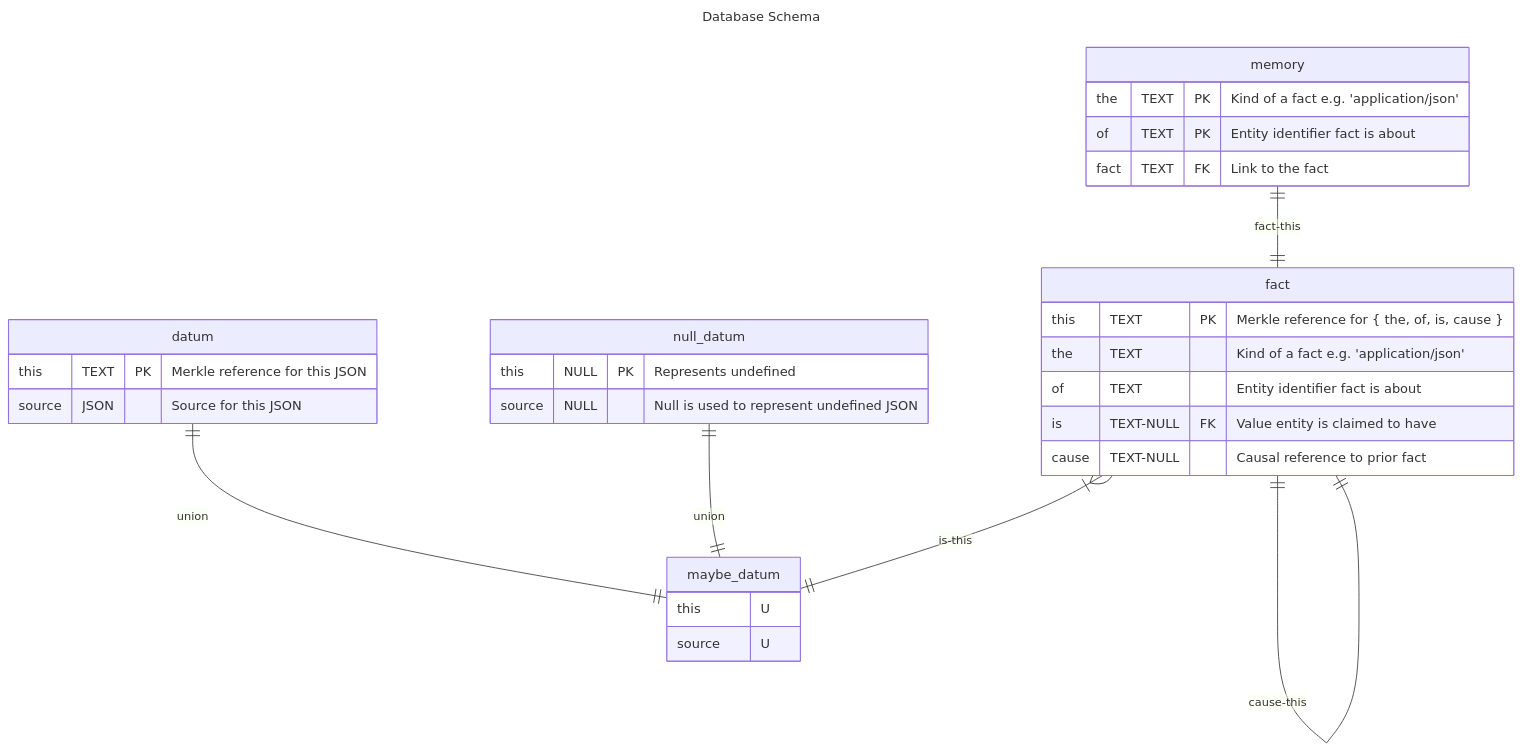
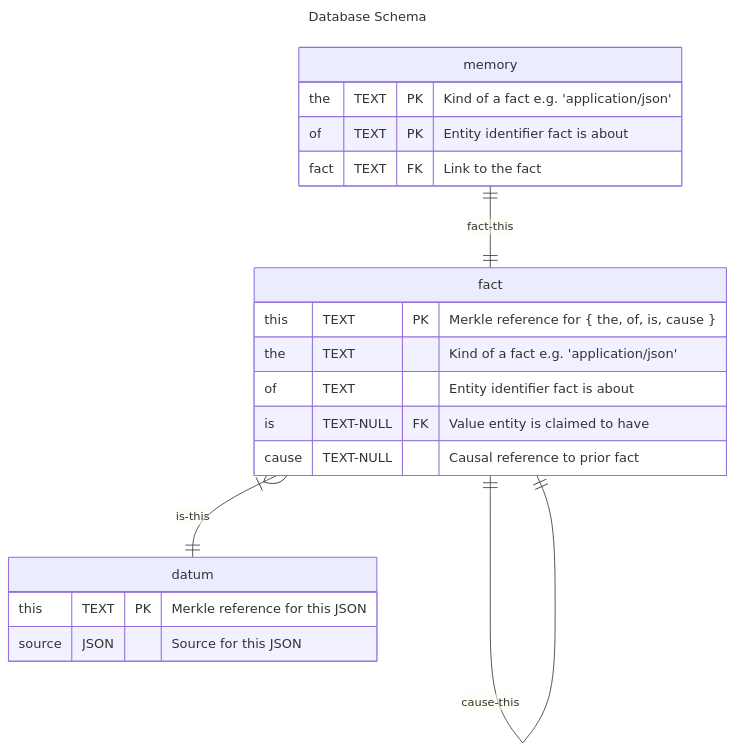
The diagram in memory/README.md (commontoolsinc/labs), drawn with Mermaid before and after one commit.

Commit message:
Update README.md
minor update to the ER diagram

````diff
--- a/memory/README.md
+++ b/memory/README.md
@@ -211,42 +211,31 @@
 ```mermaid
 ---
 title: Database Schema
 ---
 erDiagram
 datum {
   this    TEXT PK "Merkle reference for this JSON"
   source  JSON    "Source for this JSON"
 }
 
-maybe_datum {
-  this    U
-  source  U
-}
-
-null_datum {
-  this   NULL PK  "Represents undefined"
-  source NULL     "Null is used to represent undefined JSON"
-}
 
 fact {
   this    TEXT PK "Merkle reference for { the, of, is, cause }"
   the     TEXT "Kind of a fact e.g. 'application/json'"
   of      TEXT "Entity identifier fact is about"
   is      TEXT-NULL FK "Value entity is claimed to have"
   cause   TEXT-NULL    "Causal reference to prior fact"
 }
 
 memory {
   the   TEXT  PK "Kind of a fact e.g. 'application/json'"
   of    TEXT  PK "Entity identifier fact is about"
   fact  TEXT FK  "Link to the fact"
 }
 
 
 
-fact }|--|| maybe_datum: is-this
+fact }|--|| datum: is-this
 fact ||--|| fact: cause-this
 memory ||--|| fact: fact-this
-datum ||--|| maybe_datum: union
-null_datum ||--|| maybe_datum: union
 ```
````
